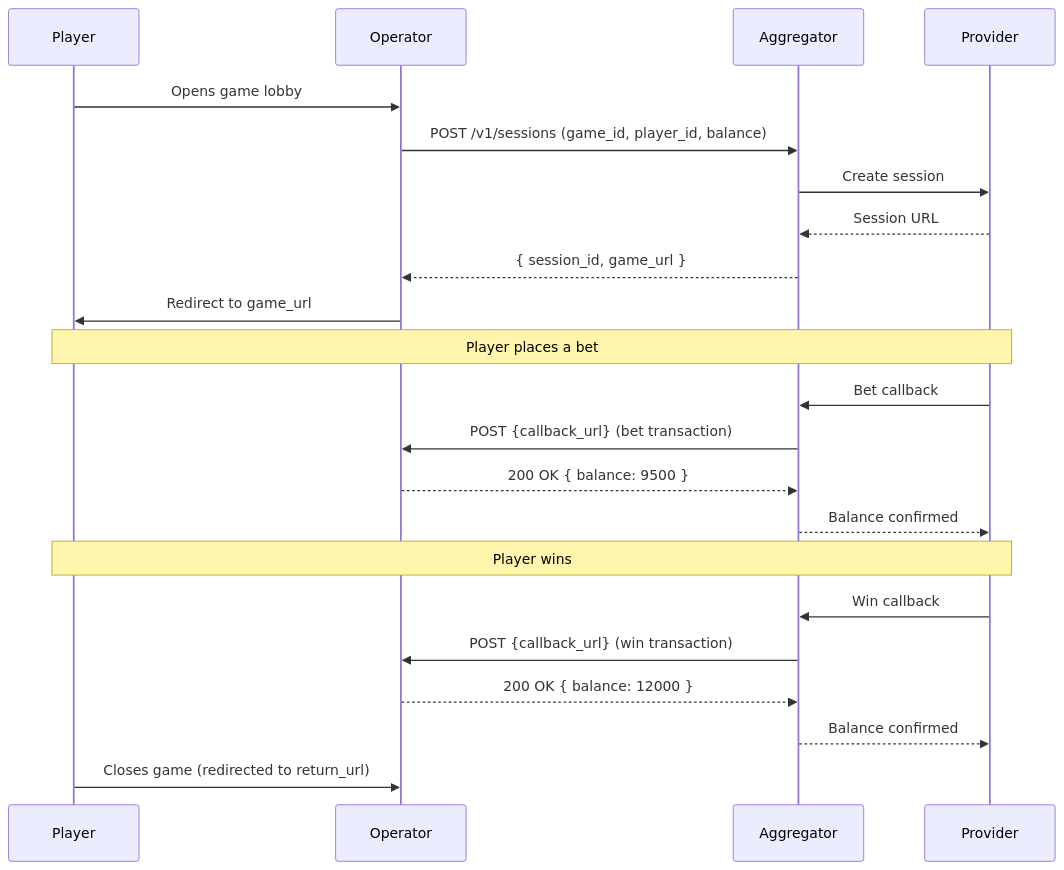
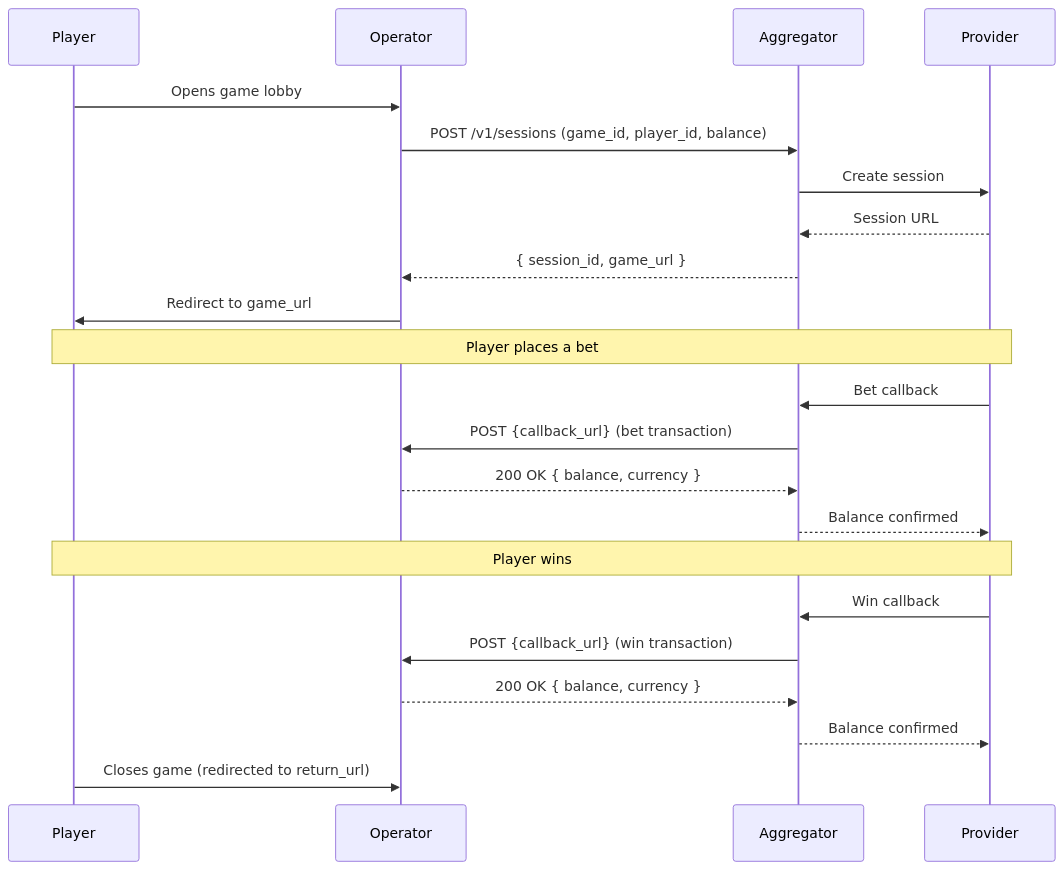
The diagram in src/content/docs/guides/integration.mdx (aggregator-gg/docs), drawn with Mermaid before and after one commit. The commit also changed other lines of this file, not shown here.

````diff
--- a/src/content/docs/guides/integration.mdx
+++ b/src/content/docs/guides/integration.mdx
@@ -21,30 +21,30 @@
 ```mermaid
 sequenceDiagram
     participant Player
     participant Operator
     participant Aggregator
     participant Provider
 
     Player->>Operator: Opens game lobby
     Operator->>Aggregator: POST /v1/sessions (game_id, player_id, balance)
     Aggregator->>Provider: Create session
     Provider-->>Aggregator: Session URL
     Aggregator-->>Operator: { session_id, game_url }
     Operator->>Player: Redirect to game_url
 
     Note over Player, Provider: Player places a bet
 
     Provider->>Aggregator: Bet callback
     Aggregator->>Operator: POST {callback_url} (bet transaction)
-    Operator-->>Aggregator: 200 OK { balance: 9500 }
+    Operator-->>Aggregator: 200 OK { balance, currency }
     Aggregator-->>Provider: Balance confirmed
 
     Note over Player, Provider: Player wins
 
     Provider->>Aggregator: Win callback
     Aggregator->>Operator: POST {callback_url} (win transaction)
-    Operator-->>Aggregator: 200 OK { balance: 12000 }
+    Operator-->>Aggregator: 200 OK { balance, currency }
     Aggregator-->>Provider: Balance confirmed
 
     Player->>Operator: Closes game (redirected to return_url)
 ```
````
